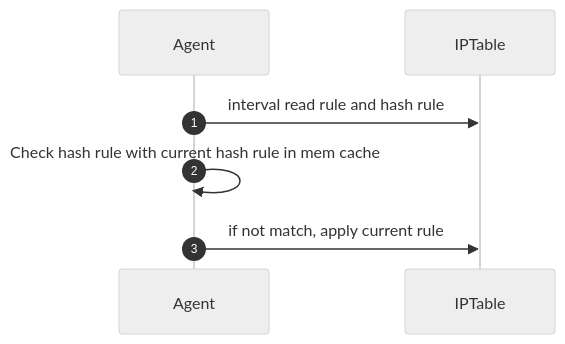
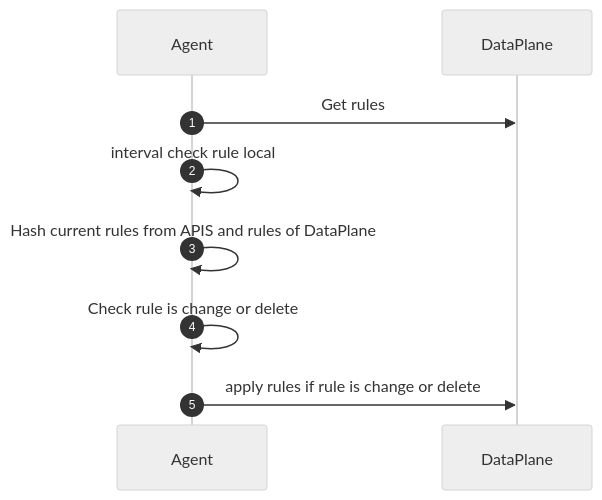
The seventh of 7 diagrams in case-studies/policy/usecase.md (bamboo-firewall/docs), drawn with Mermaid (neutral theme) before and after one commit. The commit also changed other lines of this file, not shown here.

Commit message:
PAAS-1283-flow-apply-rule

```````diff
--- a/case-studies/policy/usecase.md
+++ b/case-studies/policy/usecase.md
@@ -60,9 +113,11 @@
-``````mermaid
+```mermaid
 sequenceDiagram
-autonumber
-participant Agent as Agent
-participant IPTable as IPTable
-Agent ->> IPTable: interval read rule and hash rule
-Agent ->> Agent: Check hash rule with current hash rule in mem cache
-Agent ->> IPTable: if not match, apply current rule
-``````
+    autonumber
+    participant Agent as Agent
+    participant DP as DataPlane
+    Agent ->> DP: Get rules
+    Agent ->> Agent: interval check rule local
+    Agent ->> Agent: Hash current rules from APIS and rules of DataPlane
+    Agent ->> Agent: Check rule is change or delete
+    Agent ->> DP: apply rules if rule is change or delete
+```
```````
